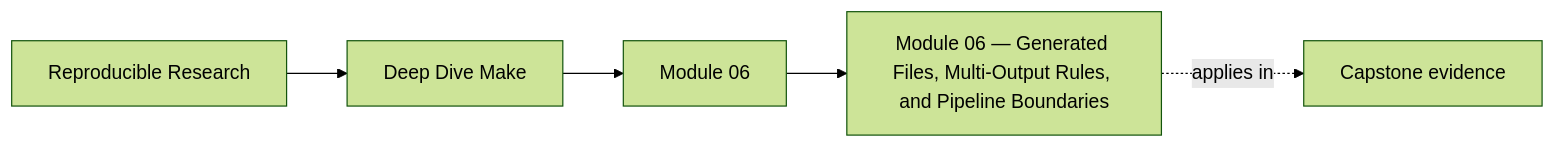
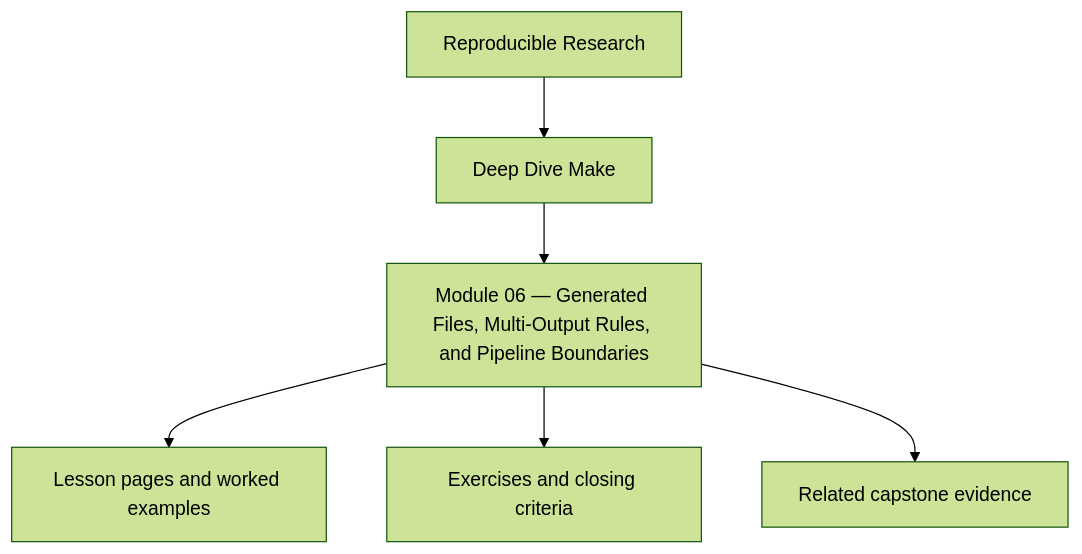
The first of 2 diagrams in programs/reproducible-research/deep-dive-make/course-book/module-06-generated-files-multi-output-rules-and-pipeline-boundaries/index.md (bijux/bijux-masterclass), drawn with Mermaid (forest theme) before and after one commit. The commit also changed other lines of this file and 10 other files, not shown here.

Commit message:
docs(deep-dive-make): reposition module overview diagrams

````diff
--- a/programs/reproducible-research/deep-dive-make/course-book/module-06-generated-files-multi-output-rules-and-pipeline-boundaries/index.md
+++ b/programs/reproducible-research/deep-dive-make/course-book/module-06-generated-files-multi-output-rules-and-pipeline-boundaries/index.md
@@ -9,11 +9,8 @@
 ```mermaid
-graph LR
-  family["Reproducible Research"]
-  program["Deep Dive Make"]
-  section["Module 06"]
-  page["Module 06 — Generated Files, Multi-Output Rules, and Pipeline Boundaries"]
-  capstone["Capstone evidence"]
-
-  family --> program --> section --> page
-  page -.applies in.-> capstone
+flowchart TD
+  family["Reproducible Research"] --> program["Deep Dive Make"]
+  program --> module["Module 06 — Generated Files, Multi-Output Rules, and Pipeline Boundaries"]
+  module --> lessons["Lesson pages and worked examples"]
+  module --> checkpoints["Exercises and closing criteria"]
+  module --> capstone["Related capstone evidence"]
 ```
````
